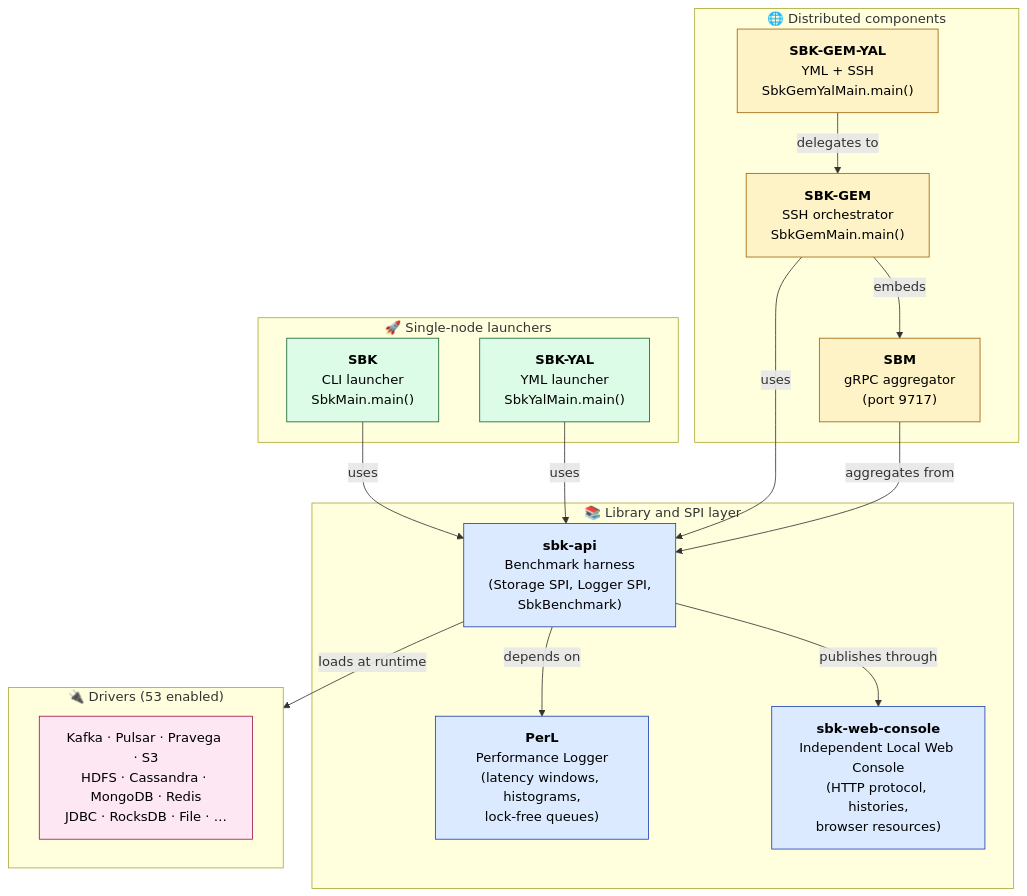
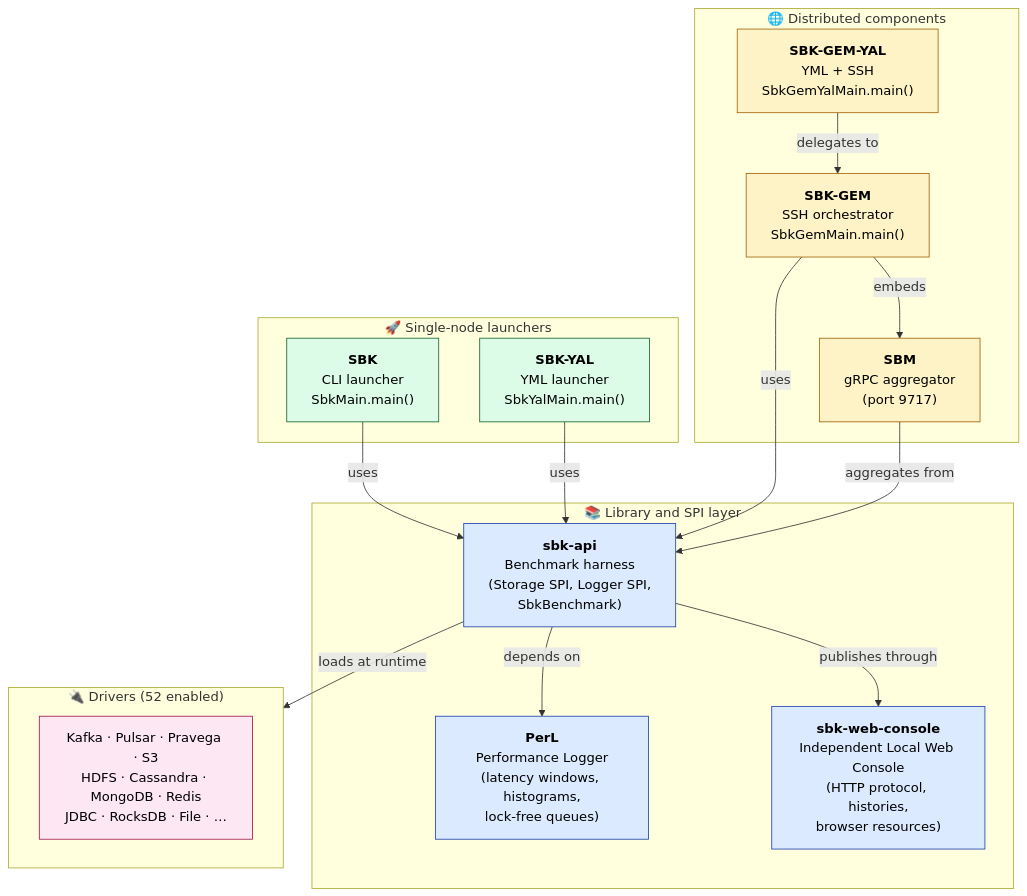
Before and after one commit to kmgowda/SBK: the third of 43 diagrams in docs/sbk-internals.md, drawn with Mermaid. The commit also changed other lines of this file and 7 other files, not shown here.

````diff
--- a/docs/sbk-internals.md
+++ b/docs/sbk-internals.md
@@ -227,43 +227,43 @@
 ```mermaid
 flowchart TB
     subgraph LIB["📚 Library and SPI layer"]
         PERL["<b>PerL</b><br/>Performance Logger<br/>(latency windows, histograms,<br/>lock-free queues)"]
         WEB["<b>sbk-web-console</b><br/>Independent Local Web Console<br/>(HTTP protocol, histories,<br/>browser resources)"]
         API["<b>sbk-api</b><br/>Benchmark harness<br/>(Storage SPI, Logger SPI,<br/>SbkBenchmark)"]
     end
 
     subgraph LAUNCH["🚀 Single-node launchers"]
         SBK["<b>SBK</b><br/>CLI launcher<br/>SbkMain.main()"]
         YAL["<b>SBK-YAL</b><br/>YML launcher<br/>SbkYalMain.main()"]
     end
 
     subgraph DIST["🌐 Distributed components"]
         SBM["<b>SBM</b><br/>gRPC aggregator<br/>(port 9717)"]
         GEM["<b>SBK-GEM</b><br/>SSH orchestrator<br/>SbkGemMain.main()"]
         GYAL["<b>SBK-GEM-YAL</b><br/>YML + SSH<br/>SbkGemYalMain.main()"]
     end
 
-    subgraph DRIVERS["🔌 Drivers (53 enabled)"]
+    subgraph DRIVERS["🔌 Drivers (52 enabled)"]
         DRV["Kafka · Pulsar · Pravega · S3<br/>HDFS · Cassandra · MongoDB · Redis<br/>JDBC · RocksDB · File · …"]
     end
 
     API -->|depends on| PERL
     API -->|publishes through| WEB
     SBK -->|uses| API
     YAL -->|uses| API
     GEM -->|uses| API
     GEM -->|embeds| SBM
     GYAL -->|delegates to| GEM
     SBM -->|aggregates from| API
     API -->|loads at runtime| DRIVERS
 
     classDef lib fill:#dbeafe,stroke:#1e40af,color:#000
     classDef launch fill:#dcfce7,stroke:#166534,color:#000
     classDef dist fill:#fef3c7,stroke:#a16207,color:#000
     classDef drv fill:#fce7f3,stroke:#9d174d,color:#000
 
     class PERL,WEB,API lib
     class SBK,YAL launch
     class SBM,GEM,GYAL dist
     class DRV drv
 ```
````
